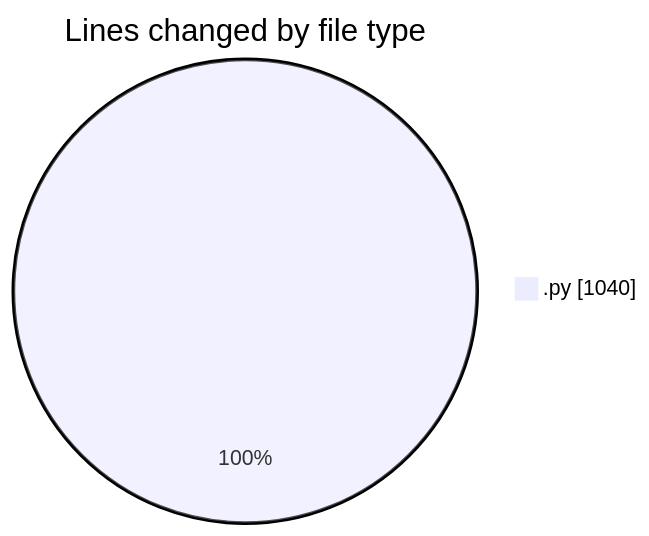
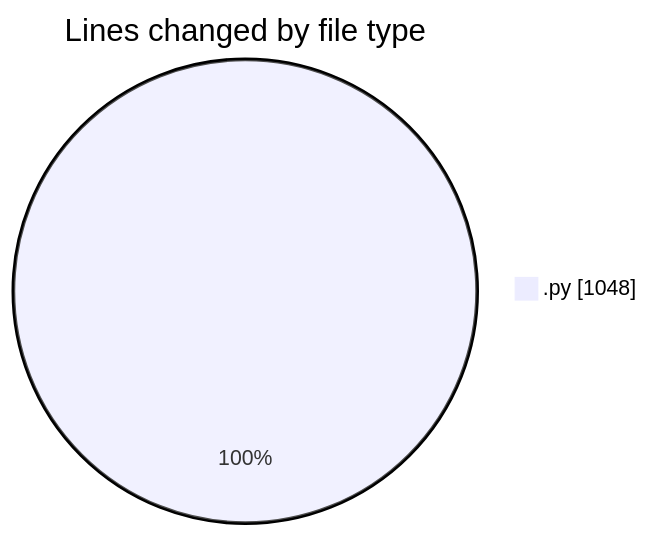
The first of 2 diagrams in 2025-11-15/untitled__workspace_/README.md (MatusMokan/code-tracking), drawn with Mermaid before and after one commit. The commit also changed other lines of this file and 1 other file, not shown here.

````diff
--- a/2025-11-15/untitled__workspace_/README.md
+++ b/2025-11-15/untitled__workspace_/README.md
@@ -21,5 +21,5 @@
 ```mermaid
 pie showData
 title Lines changed by file type
-".py" : 1040
+".py" : 1048
 ```
````
